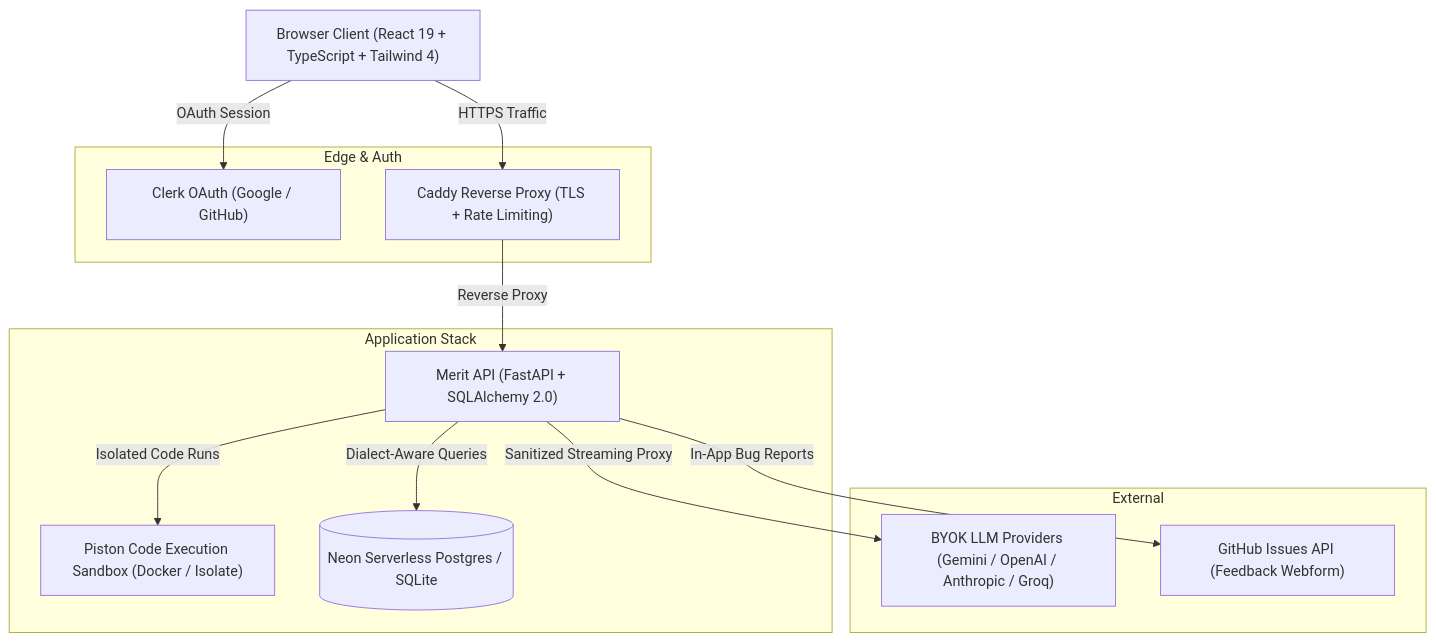
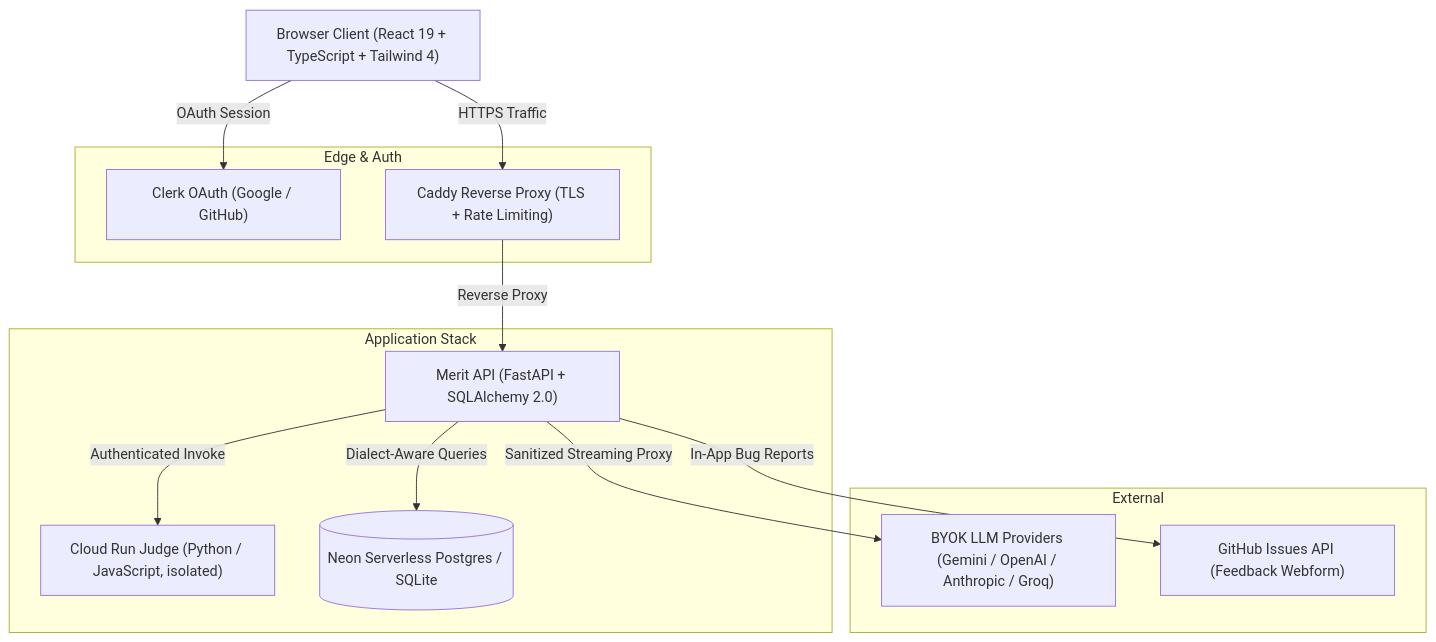
One commit to abhigyan-chatterjee/merit changed the diagram in README.md. Above: the diagram before and after it, drawn with Mermaid. The commit also changed other lines of this file and 2 other files, not shown here.

First line of the commit message:
docs: correct env-file guidance and retire the Piston claims

````diff
--- a/README.md
+++ b/README.md
@@ -19,28 +19,28 @@
 ```mermaid
 graph TD
     Client["Browser Client (React 19 + TypeScript + Tailwind 4)"]
     
     subgraph Edge & Auth
         Clerk["Clerk OAuth (Google / GitHub)"]
         Caddy["Caddy Reverse Proxy (TLS + Rate Limiting)"]
     end
     
     subgraph Application Stack
         API["Merit API (FastAPI + SQLAlchemy 2.0)"]
-        Piston["Piston Code Execution Sandbox (Docker / Isolate)"]
+        Judge["Cloud Run Judge (Python / JavaScript, isolated)"]
         DB[(Neon Serverless Postgres / SQLite)]
     end
     
     subgraph External
         LLM["BYOK LLM Providers (Gemini / OpenAI / Anthropic / Groq)"]
         GitHubAPI["GitHub Issues API (Feedback Webform)"]
     end
 
     Client -->|OAuth Session| Clerk
     Client -->|HTTPS Traffic| Caddy
     Caddy -->|Reverse Proxy| API
     API -->|Dialect-Aware Queries| DB
-    API -->|Isolated Code Runs| Piston
+    API -->|Authenticated Invoke| Judge
     API -->|Sanitized Streaming Proxy| LLM
     API -->|In-App Bug Reports| GitHubAPI
 ```
````
